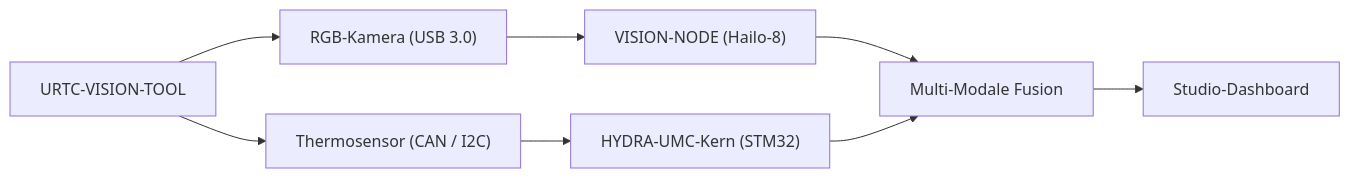
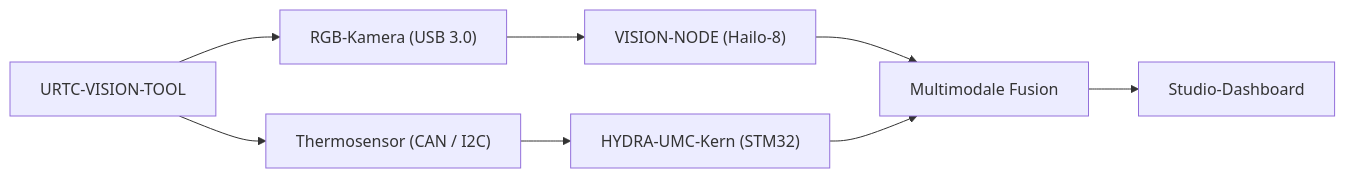
One commit to JuanenRac/URTC-VISION-TOOL changed the diagram in README_deu.md. Above: the diagram before and after it, drawn with Mermaid. The commit also changed other lines of this file and 4 other files, not shown here.

````diff
--- a/README_deu.md
+++ b/README_deu.md
@@ -86,10 +86,10 @@
 ```mermaid
 flowchart LR
     TOOL["URTC-VISION-TOOL"] --> RGB["RGB-Kamera (USB 3.0)"]
     TOOL --> THRM["Thermosensor (CAN / I2C)"]
     RGB --> VISION["VISION-NODE (Hailo-8)"]
     THRM --> CORE["HYDRA-UMC-Kern (STM32)"]
-    VISION --> SYNC["Multi-Modale Fusion"]
+    VISION --> SYNC["Multimodale Fusion"]
     CORE --> SYNC
     SYNC --> DASH["Studio-Dashboard"]
 ```
````
